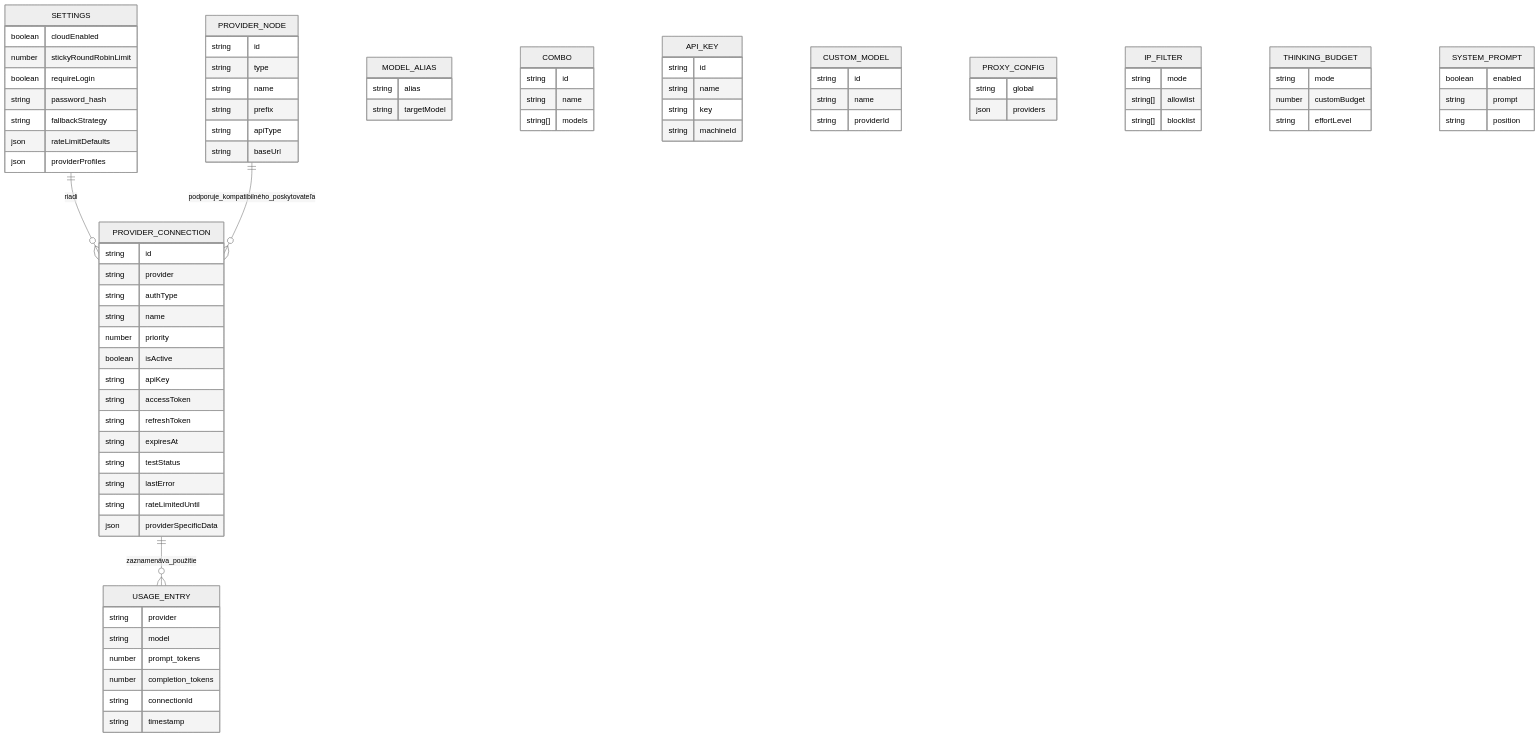
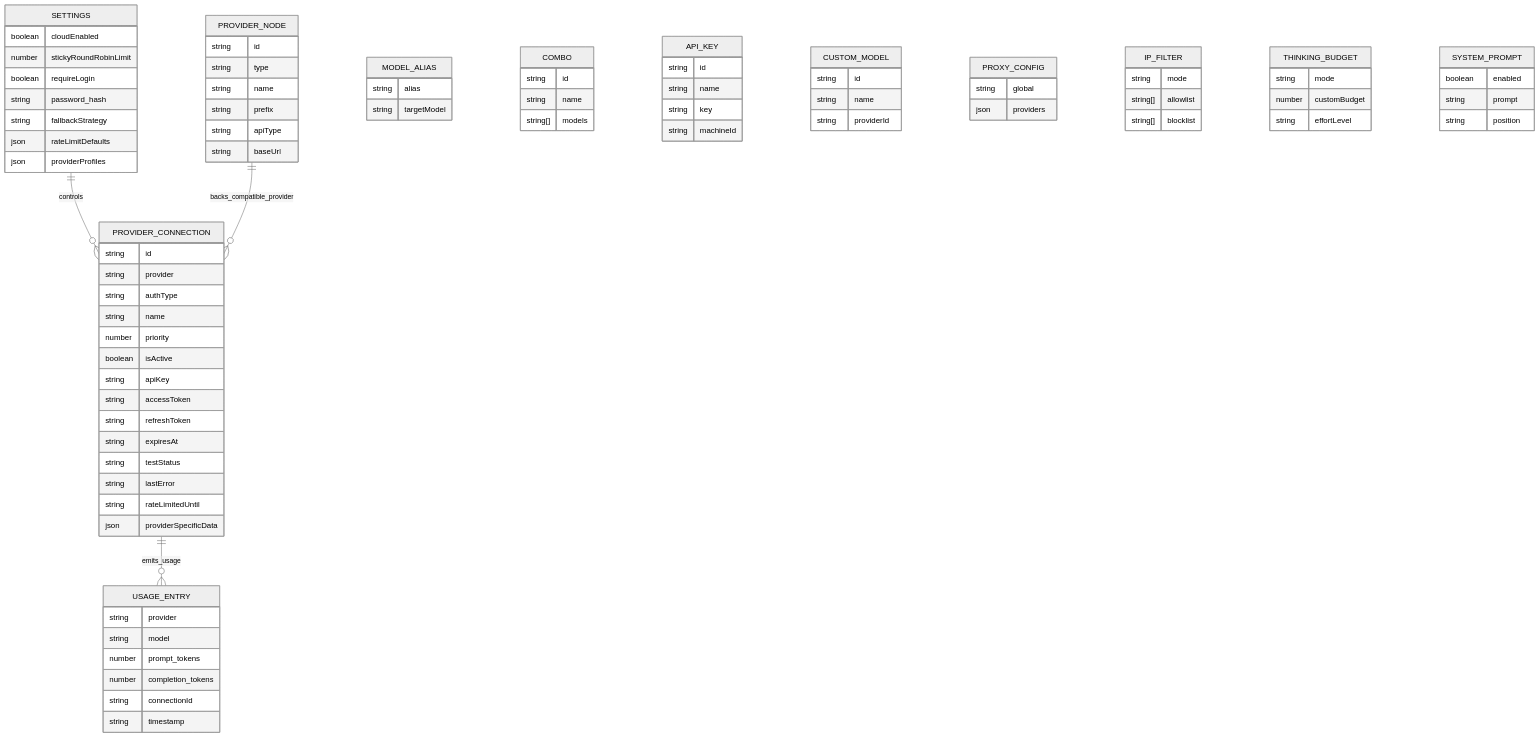
The sixth of 7 diagrams in docs/i18n/sk/docs/architecture/ARCHITECTURE.md (niyatna/NiyatnaRoute), drawn with Mermaid (neutral theme) before and after one commit. The commit also changed other lines of this file and 2447 other files, not shown here.

````diff
--- a/docs/i18n/sk/docs/architecture/ARCHITECTURE.md
+++ b/docs/i18n/sk/docs/architecture/ARCHITECTURE.md
@@ -699,8 +475,8 @@
 ```mermaid
 erDiagram
-    SETTINGS ||--o{ PROVIDER_CONNECTION : riadi
-    PROVIDER_NODE ||--o{ PROVIDER_CONNECTION : podporuje_kompatibilného_poskytovateľa
-    PROVIDER_CONNECTION ||--o{ USAGE_ENTRY : zaznamenáva_použitie
+    SETTINGS ||--o{ PROVIDER_CONNECTION : controls
+    PROVIDER_NODE ||--o{ PROVIDER_CONNECTION : backs_compatible_provider
+    PROVIDER_CONNECTION ||--o{ USAGE_ENTRY : emits_usage
 
     SETTINGS {
       boolean cloudEnabled
````
